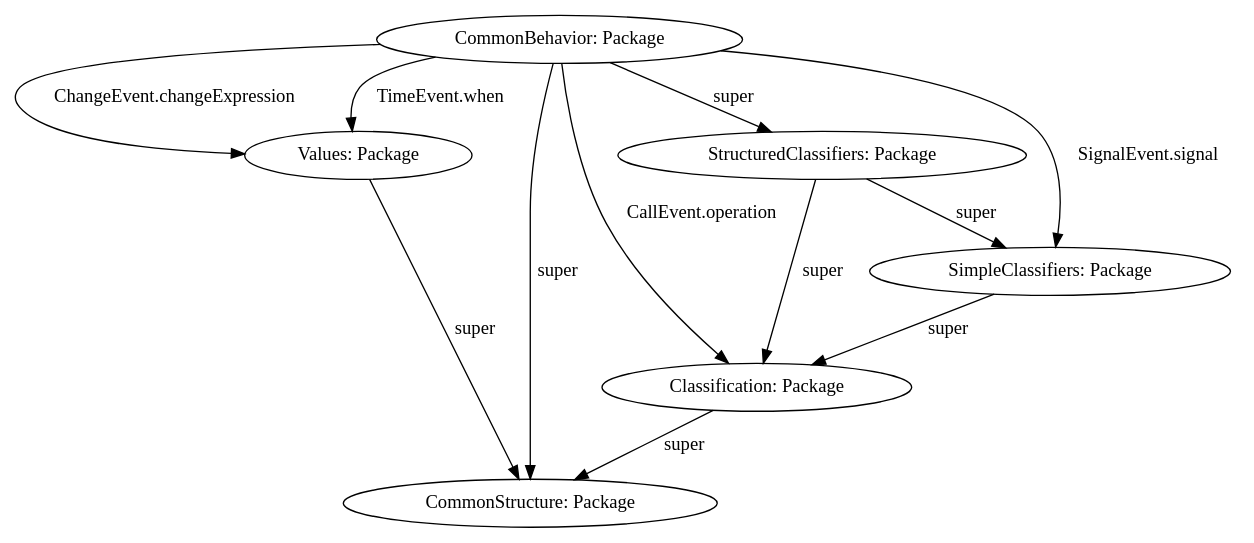
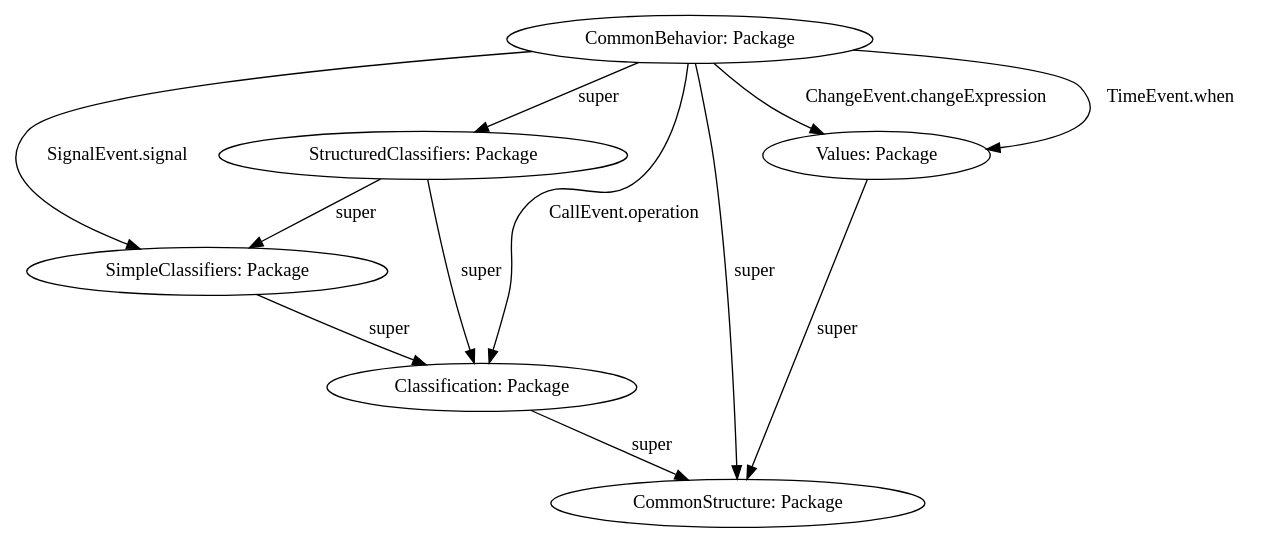
One commit to manuelohrndorf/sidiff-lifting changed the diagram in research/org.sidiff.uml2.classification/slices/UML.CommonBehavior.dot. Above: the diagram before and after it, drawn with Graphviz. The commit also changed 36 other files, not shown here.

Commit message:
update uml classification to set lower bound to 0

```diff
--- a/research/org.sidiff.uml2.classification/slices/UML.CommonBehavior.dot
+++ b/research/org.sidiff.uml2.classification/slices/UML.CommonBehavior.dot
@@ -1,22 +1,22 @@
 digraph{
 {style = filled
 shape = box
 }
-"ID5a5024eb" [label= "Values: Package" style=solid fillcolor = white]
-"ID79aa675b" [label= "StructuredClassifiers: Package" style=solid fillcolor = white]
-"ID4708acc6" [label= "CommonBehavior: Package" style=solid fillcolor = white]
-"ID46e32574" [label= "Classification: Package" style=solid fillcolor = white]
-"ID308d8de8" [label= "SimpleClassifiers: Package" style=solid fillcolor = white]
-"ID1a345c6c" [label= "CommonStructure: Package" style=solid fillcolor = white]
-ID79aa675b -> ID308d8de8 [label = "super" style = solid color = black ]
-ID308d8de8 -> ID46e32574 [label = "super" style = solid color = black ]
-ID4708acc6 -> ID308d8de8 [label = "SignalEvent.signal" style = solid color = black ]
-ID79aa675b -> ID46e32574 [label = "super" style = solid color = black ]
-ID46e32574 -> ID1a345c6c [label = "super" style = solid color = black ]
-ID4708acc6 -> ID79aa675b [label = "super" style = solid color = black ]
-ID4708acc6 -> ID46e32574 [label = "CallEvent.operation" style = solid color = black ]
-ID5a5024eb -> ID1a345c6c [label = "super" style = solid color = black ]
-ID4708acc6 -> ID1a345c6c [label = "super" style = solid color = black ]
-ID4708acc6 -> ID5a5024eb [label = "ChangeEvent.changeExpression" style = solid color = black ]
-ID4708acc6 -> ID5a5024eb [label = "TimeEvent.when" style = solid color = black ]
+"ID4f5ad6b7" [label= "SimpleClassifiers: Package" style=solid fillcolor = white]
+"ID32f2de5c" [label= "StructuredClassifiers: Package" style=solid fillcolor = white]
+"ID3bb186b" [label= "Classification: Package" style=solid fillcolor = white]
+"ID4a2bc71f" [label= "CommonStructure: Package" style=solid fillcolor = white]
+"ID1aaa3406" [label= "CommonBehavior: Package" style=solid fillcolor = white]
+"ID18c432ed" [label= "Values: Package" style=solid fillcolor = white]
+ID1aaa3406 -> ID18c432ed [label = "ChangeEvent.changeExpression" style = solid color = black ]
+ID1aaa3406 -> ID18c432ed [label = "TimeEvent.when" style = solid color = black ]
+ID1aaa3406 -> ID4a2bc71f [label = "super" style = solid color = black ]
+ID18c432ed -> ID4a2bc71f [label = "super" style = solid color = black ]
+ID3bb186b -> ID4a2bc71f [label = "super" style = solid color = black ]
+ID1aaa3406 -> ID3bb186b [label = "CallEvent.operation" style = solid color = black ]
+ID32f2de5c -> ID3bb186b [label = "super" style = solid color = black ]
+ID32f2de5c -> ID4f5ad6b7 [label = "super" style = solid color = black ]
+ID1aaa3406 -> ID4f5ad6b7 [label = "SignalEvent.signal" style = solid color = black ]
+ID1aaa3406 -> ID32f2de5c [label = "super" style = solid color = black ]
+ID4f5ad6b7 -> ID3bb186b [label = "super" style = solid color = black ]
 }
```
